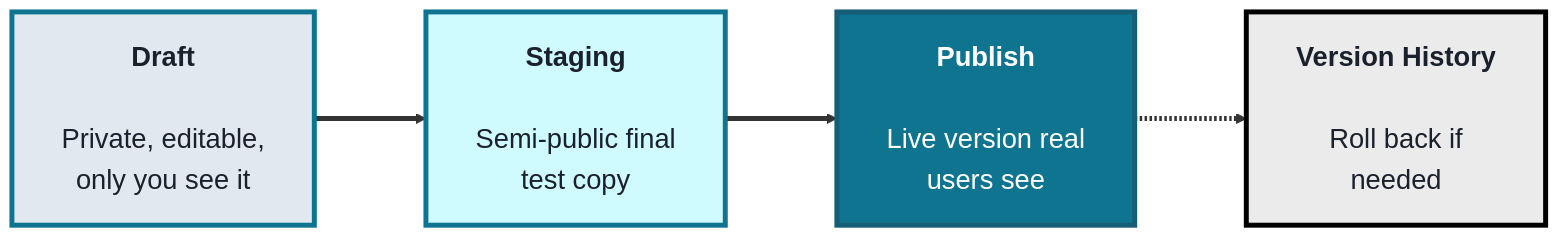
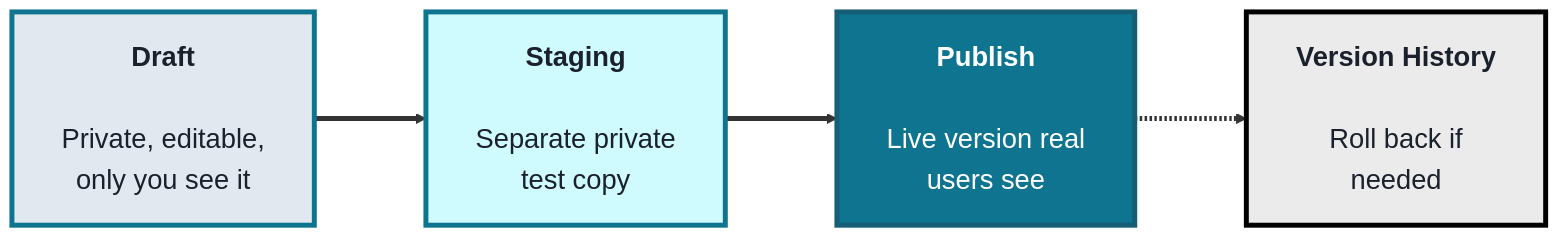
One commit to SHEMODELTECH/shemodeltech changed the first of 3 diagrams in src/Pages/courses/TechArchs/deployment-module.md. Above: the diagram before and after it, drawn with Mermaid. The commit also changed other lines of this file and 53 other files, not shown here.

````diff
--- a/src/Pages/courses/TechArchs/deployment-module.md
+++ b/src/Pages/courses/TechArchs/deployment-module.md
@@ -19,17 +21,17 @@
 ```mermaid
 %%{init: {'theme':'base', 'themeVariables': {'fontSize':'22px', 'primaryTextColor':'#1a202c', 'primaryBorderColor':'#0e7490', 'lineColor':'#333333'}, 'flowchart': {'nodeSpacing': 70, 'rankSpacing': 90, 'padding': 20}}}%%
 flowchart LR
     D["<b>Draft</b><br/><br/>Private, editable,<br/>only you see it"]
-    S["<b>Staging</b><br/><br/>Semi-public final<br/>test copy"]
+    S["<b>Staging</b><br/><br/>Separate private<br/>test copy"]
     P["<b>Publish</b><br/><br/>Live version real<br/>users see"]
     V["<b>Version History</b><br/><br/>Roll back if<br/>needed"]
 
     D ==> S ==> P
     P -.-> V
 
     style D fill:#e2e8f0,color:#1a202c,stroke:#0e7490,stroke-width:4px
     style S fill:#cffafe,color:#1a202c,stroke:#0e7490,stroke-width:4px
     style P fill:#0e7490,color:#fff,stroke:#155e75,stroke-width:4px
     style V fill:#EBEBEB,color:#1a202c,stroke:#000000,stroke-width:4px
     linkStyle default stroke-width:4px,stroke:#333333
 ```
````
